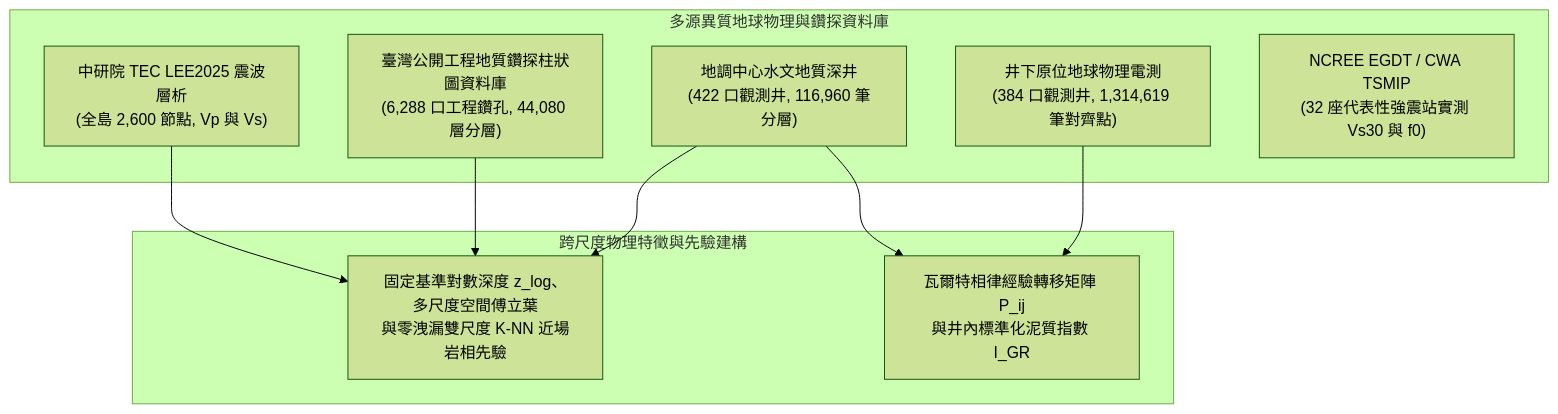
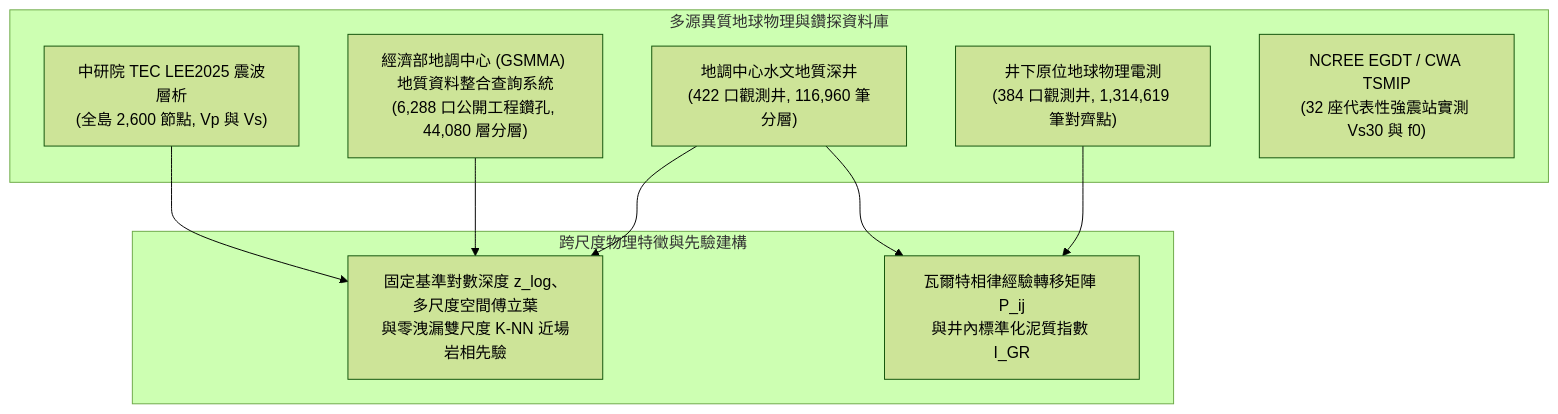
The first of 2 diagrams in docs/國際科展作品說明書_最新進度版_EAEV.md (LittleCatAlex/TAGES-Evo), drawn with Mermaid (forest theme) before and after one commit. The commit also changed other lines of this file and 21 other files, not shown here.

````diff
--- a/docs/國際科展作品說明書_最新進度版_EAEV.md
+++ b/docs/國際科展作品說明書_最新進度版_EAEV.md
@@ -109,21 +109,21 @@
 ```mermaid
 flowchart TD
     subgraph Data_Sources["多源異質地球物理與鑽探資料庫"]
         A["地調中心水文地質深井<br/>(422 口觀測井, 116,960 筆分層)"]
-        A2["臺灣公開工程地質鑽探柱狀圖資料庫<br/>(6,288 口工程鑽孔, 44,080 層分層)"]
+        A2["經濟部地調中心 (GSMMA) 地質資料整合查詢系統<br/>(6,288 口公開工程鑽孔, 44,080 層分層)"]
         B["井下原位地球物理電測<br/>(384 口觀測井, 1,314,619 筆對齊點)"]
         C["中研院 TEC LEE2025 震波層析<br/>(全島 2,600 節點, Vp 與 Vs)"]
         D["NCREE EGDT / CWA TSMIP<br/>(32 座代表性強震站實測 Vs30 與 f0)"]
     end
 
     subgraph Feature_Engineering["跨尺度物理特徵與先驗建構"]
         E["固定基準對數深度 z_log、多尺度空間傅立葉<br/>與零洩漏雙尺度 K-NN 近場岩相先驗"]
         F["瓦爾特相律經驗轉移矩陣 P_ij<br/>與井內標準化泥質指數 I_GR"]
     end
 
     A --> E
     A2 --> E
     B --> F
     C --> E
     A --> F
 ```
````
